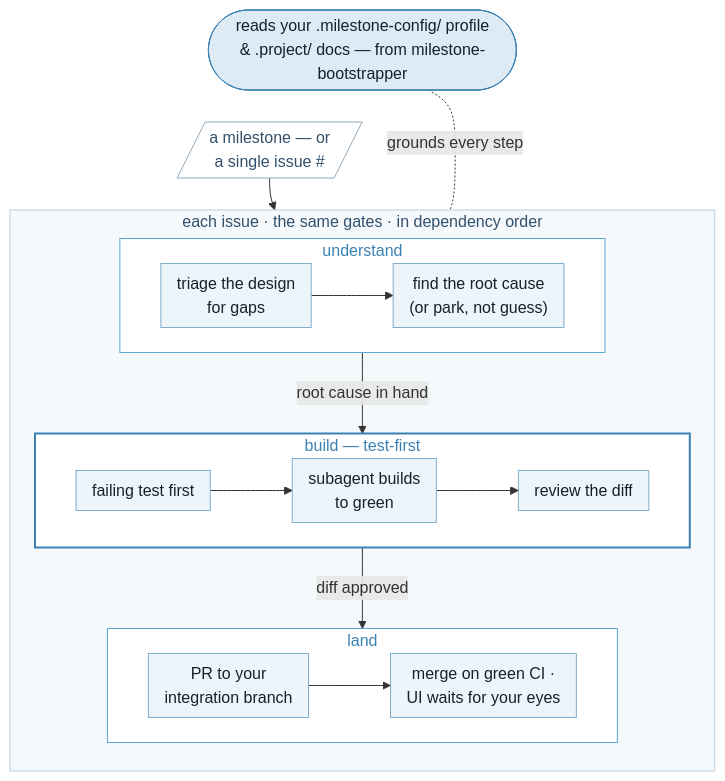
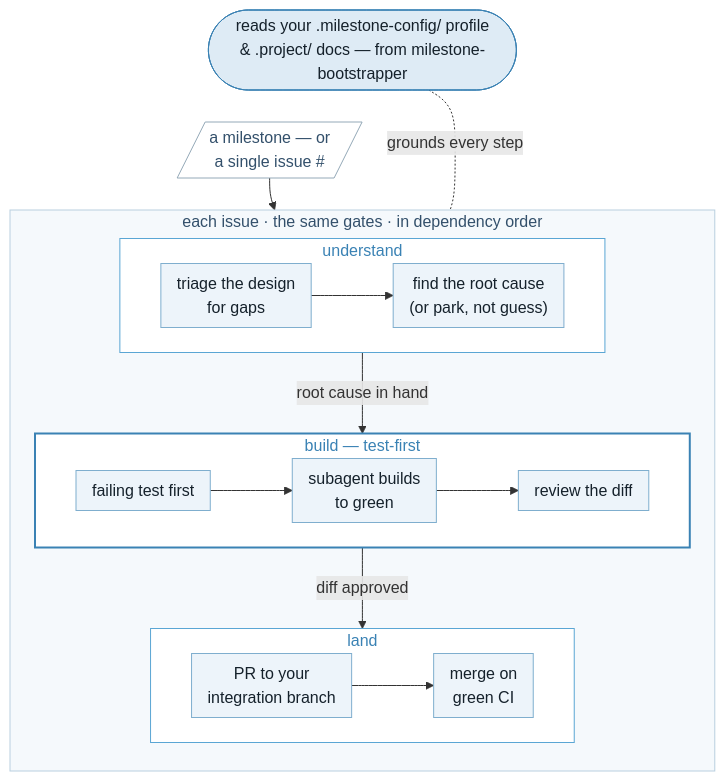
Before and after one commit to kenmulford/milestone-driver: the diagram in README.md, drawn with Mermaid. The commit also changed other lines of this file and 53 other files, not shown here.

````diff
--- a/README.md
+++ b/README.md
@@ -13,39 +13,39 @@
 ```mermaid
 %%{init: {"flowchart": {"wrappingWidth": 280, "nodeSpacing": 30, "rankSpacing": 32, "padding": 8}} }%%
 flowchart TD
     cfg(["reads your .milestone-config/ profile<br/>&amp; .project/ docs — from milestone-bootstrapper"])
 
     input[/"a milestone — or<br/>a single issue #"/]
 
     subgraph loop [each issue · the same gates · in dependency order]
         direction TB
         subgraph sgU [understand]
             direction LR
             u1["triage the design<br/>for gaps"] --> u2["find the root cause<br/>(or park, not guess)"]
         end
         subgraph sgB [build — test-first]
             direction LR
             b1["failing test first"] --> b2["subagent builds<br/>to green"] --> b3["review the diff"]
         end
         subgraph sgL [land]
             direction LR
-            l1["PR to your<br/>integration branch"] --> l2["merge on green CI ·<br/>UI waits for your eyes"]
+            l1["PR to your<br/>integration branch"] --> l2["merge on<br/>green CI"]
         end
 
         sgU -->|root cause in hand| sgB
         sgB -->|diff approved| sgL
     end
 
     cfg ~~~ input
     input --> sgU
     cfg <-.-|grounds every step| loop
 
     style cfg fill:#DEEBF5,stroke:#3A82B4,color:#15212B
     style input fill:#FFFFFF,stroke:#94A9B8,color:#33506B
     style loop fill:#F5F9FC,stroke:#B9CFDF,color:#33506B
     style sgU fill:#FFFFFF,stroke:#5AA6D4,color:#3A82B4
     style sgB fill:#FFFFFF,stroke:#3A82B4,stroke-width:2px,color:#3A82B4
     style sgL fill:#FFFFFF,stroke:#5AA6D4,color:#3A82B4
     classDef action fill:#EDF4FA,stroke:#7FAECE,color:#15212B
     class u1,u2,b1,b2,b3,l1,l2 action
 ```
````
